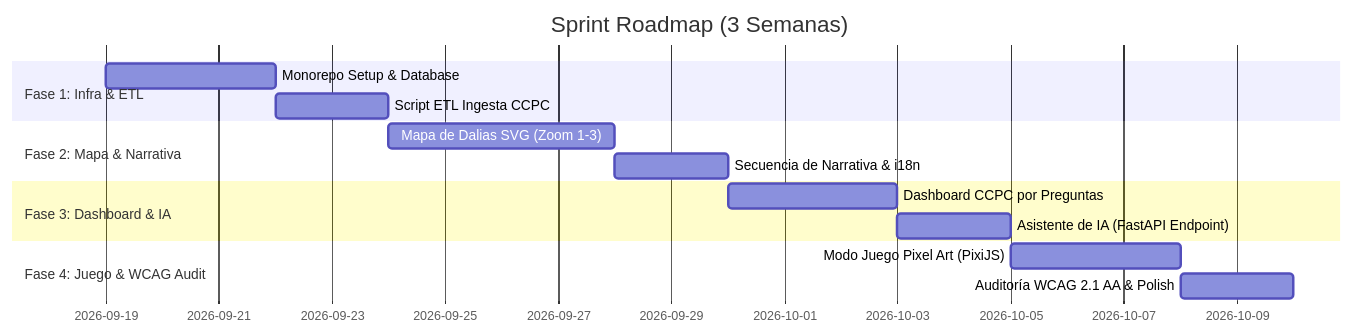
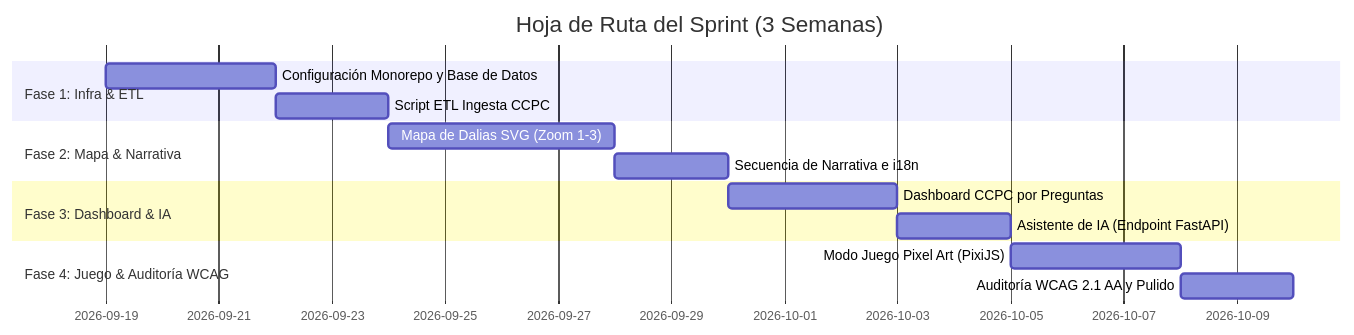
One commit to Betto-RZE/sadaPops changed the diagram in WORKFLOW.md. Above: the diagram before and after it, drawn with Mermaid. The commit also changed other lines of this file and 10 other files, not shown here.

````diff
--- a/WORKFLOW.md
+++ b/WORKFLOW.md
@@ -9,17 +9,17 @@
 ```mermaid
 gantt
-    title Sprint Roadmap (3 Semanas)
+    title Hoja de Ruta del Sprint (3 Semanas)
     dateFormat  YYYY-MM-DD
     section Fase 1: Infra & ETL
-    Monorepo Setup & Database           :a1, 2026-09-19, 3d
-    Script ETL Ingesta CCPC            :a2, after a1, 2d
+    Configuración Monorepo y Base de Datos    :a1, 2026-09-19, 3d
+    Script ETL Ingesta CCPC                   :a2, after a1, 2d
     section Fase 2: Mapa & Narrativa
-    Mapa de Dalias SVG (Zoom 1-3)       :b1, 2026-09-24, 4d
-    Secuencia de Narrativa & i18n       :b2, after b1, 2d
+    Mapa de Dalias SVG (Zoom 1-3)              :b1, 2026-09-24, 4d
+    Secuencia de Narrativa e i18n             :b2, after b1, 2d
     section Fase 3: Dashboard & IA
-    Dashboard CCPC por Preguntas        :c1, 2026-09-30, 3d
-    Asistente de IA (FastAPI Endpoint)  :c2, after c1, 2d
-    section Fase 4: Juego & WCAG Audit
-    Modo Juego Pixel Art (PixiJS)       :d1, 2026-10-05, 3d
-    Auditoría WCAG 2.1 AA & Polish      :d2, after d1, 2d
+    Dashboard CCPC por Preguntas               :c1, 2026-09-30, 3d
+    Asistente de IA (Endpoint FastAPI)         :c2, after c1, 2d
+    section Fase 4: Juego & Auditoría WCAG
+    Modo Juego Pixel Art (PixiJS)              :d1, 2026-10-05, 3d
+    Auditoría WCAG 2.1 AA y Pulido             :d2, after d1, 2d
 ```
````
